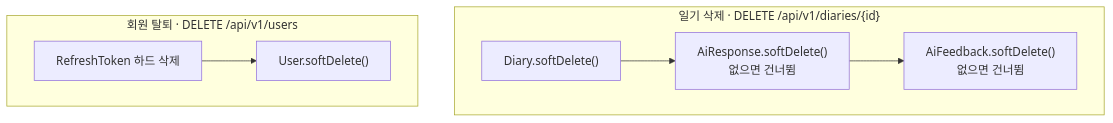
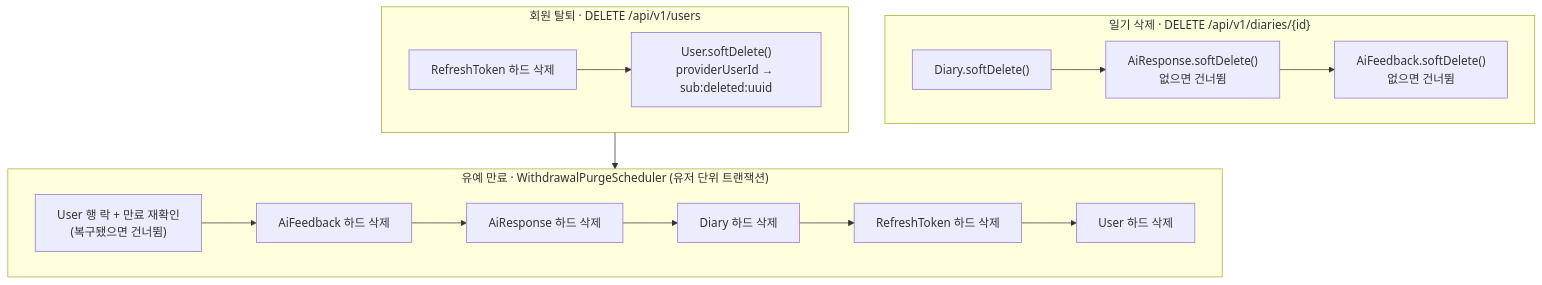
Before and after one commit to hearu-application/backend: the eighth of 8 diagrams in docs/architecture.md, drawn with Mermaid. The commit also changed other lines of this file and 29 other files, not shown here.

````diff
--- a/docs/architecture.md
+++ b/docs/architecture.md
@@ -297,11 +322,21 @@
 ```mermaid
 graph TD
     subgraph D["일기 삭제 · DELETE /api/v1/diaries/{id}"]
         D1["Diary.softDelete()"] --> D2["AiResponse.softDelete()<br/>없으면 건너뜀"]
         D2 --> D3["AiFeedback.softDelete()<br/>없으면 건너뜀"]
     end
 
     subgraph U["회원 탈퇴 · DELETE /api/v1/users"]
-        U1["RefreshToken 하드 삭제"] --> U2["User.softDelete()"]
+        U1["RefreshToken 하드 삭제"] --> U2["User.softDelete()<br/>providerUserId → sub:deleted:uuid"]
     end
+
+    subgraph P["유예 만료 · WithdrawalPurgeScheduler (유저 단위 트랜잭션)"]
+        P0["User 행 락 + 만료 재확인<br/>(복구됐으면 건너뜀)"] --> P1["AiFeedback 하드 삭제"]
+        P1 --> P2["AiResponse 하드 삭제"]
+        P2 --> P3["Diary 하드 삭제"]
+        P3 --> P4["RefreshToken 하드 삭제"]
+        P4 --> P5["User 하드 삭제"]
+    end
+
+    U --> P
 ```
````
